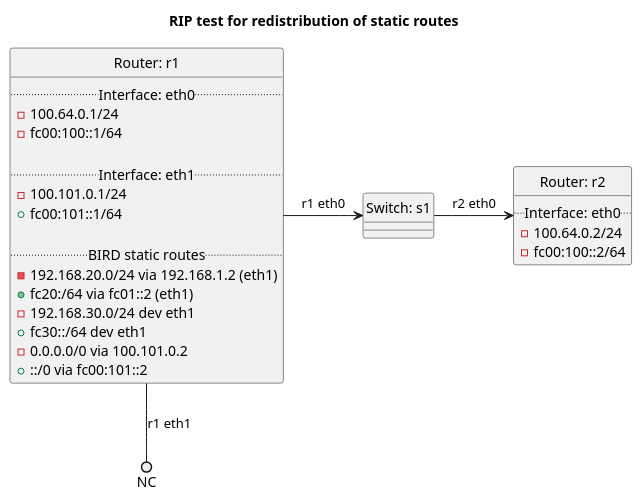
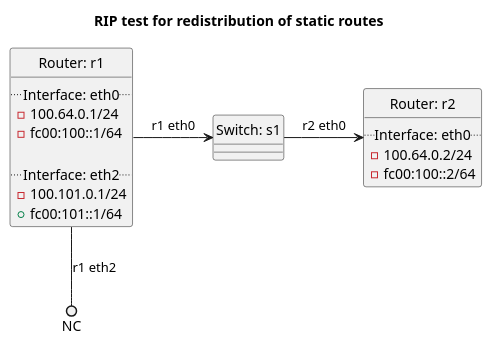
The diagram in tests/t20_rip/t36_redistribute_static/README.md (oscdev-io/birdplan), drawn with PlantUML before and after one commit. The commit also changed other lines of this file and 20 other files, not shown here.

````diff
--- a/tests/t20_rip/t36_redistribute_static/README.md
+++ b/tests/t20_rip/t36_redistribute_static/README.md
@@ -16,42 +16,34 @@
 ```plantuml
 @startuml
 hide circle
 title RIP test for redistribution of static routes
 
 
 class "Router: r1" {
   .. Interface: eth0 ..
 - 100.64.0.1/24
 - fc00:100::1/64
 
-  .. Interface: eth1 ..
+  .. Interface: eth2 ..
 - 100.101.0.1/24
 + fc00:101::1/64
-
-  .. BIRD static routes ..
-- 192.168.20.0/24 via 192.168.1.2 (eth1)
-+ fc20:/64 via fc01::2 (eth1)
-- 192.168.30.0/24 dev eth1
-+ fc30::/64 dev eth1
-- 0.0.0.0/0 via 100.101.0.2
-+ ::/0 via fc00:101::2
 }
 
 
 class "Router: r2" {
   .. Interface: eth0 ..
 - 100.64.0.2/24
 - fc00:100::2/64
 }
 
 
 
 class "Switch: s1" {}
 
 
 "Router: r1" -> "Switch: s1": r1 eth0
 "Switch: s1" -> "Router: r2": r2 eth0
-"Router: r1" --() NC: r1 eth1
+"Router: r1" --() NC: r1 eth2
 
 @enduml
 ```
````
